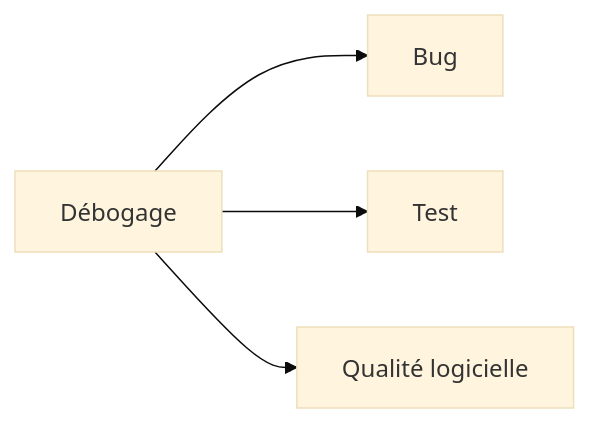
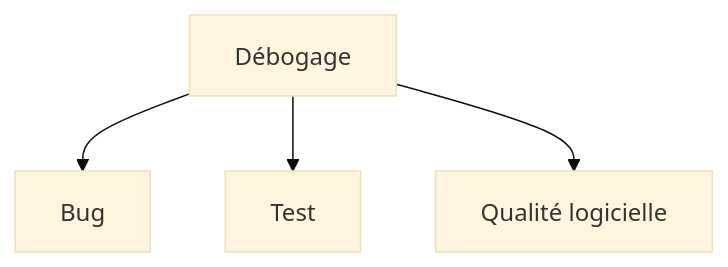
One commit to zyrass/omnydocs changed diagram 11 of 38 in docs/glossaire/bases-fondamentales.md. Above: the diagram before and after it, drawn with Mermaid (base theme). The commit also changed other lines of this file and 1780 other files, not shown here.

````diff
--- a/docs/glossaire/bases-fondamentales.md
+++ b/docs/glossaire/bases-fondamentales.md
@@ -216,6 +262,6 @@
-    ```mermaid
-    graph LR
-        A[Débogage] --> B[Bug]
-        A --> C[Test]
-        A --> D[Qualité logicielle]
-    ```
+```mermaid
+graph TB
+    A[Débogage] --> B[Bug]
+    A --> C[Test]
+    A --> D[Qualité logicielle]
+```
````
